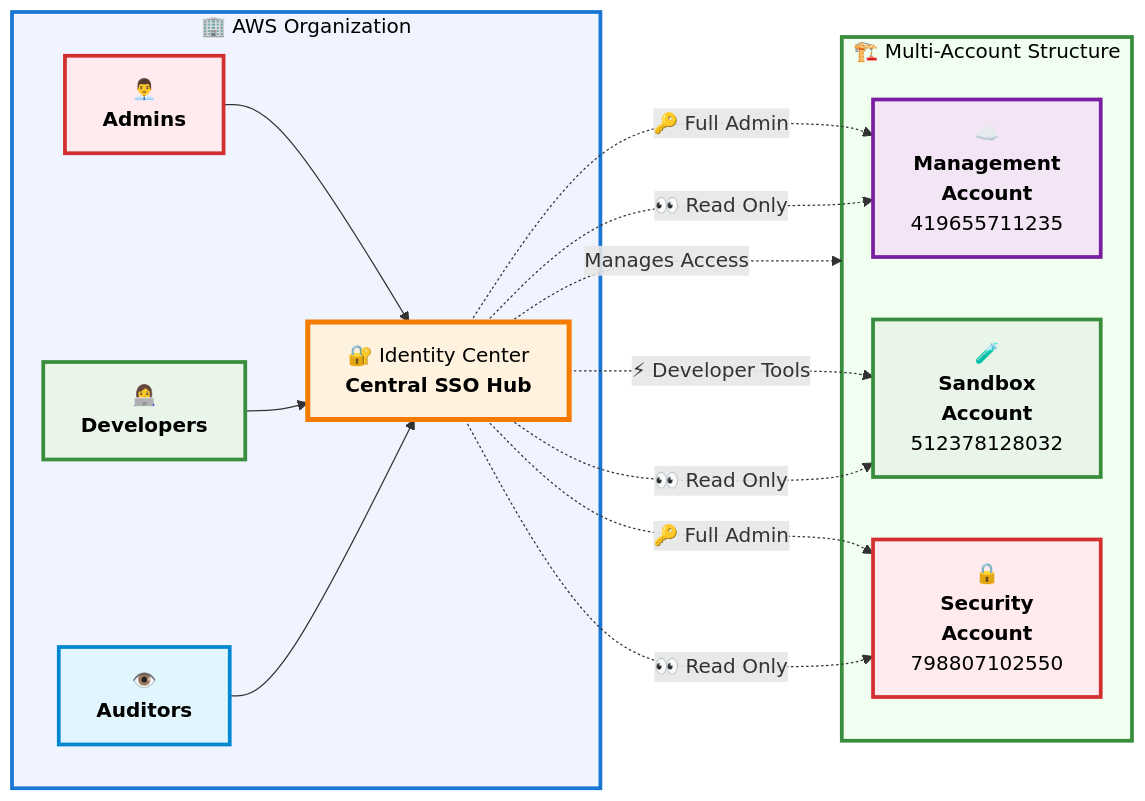
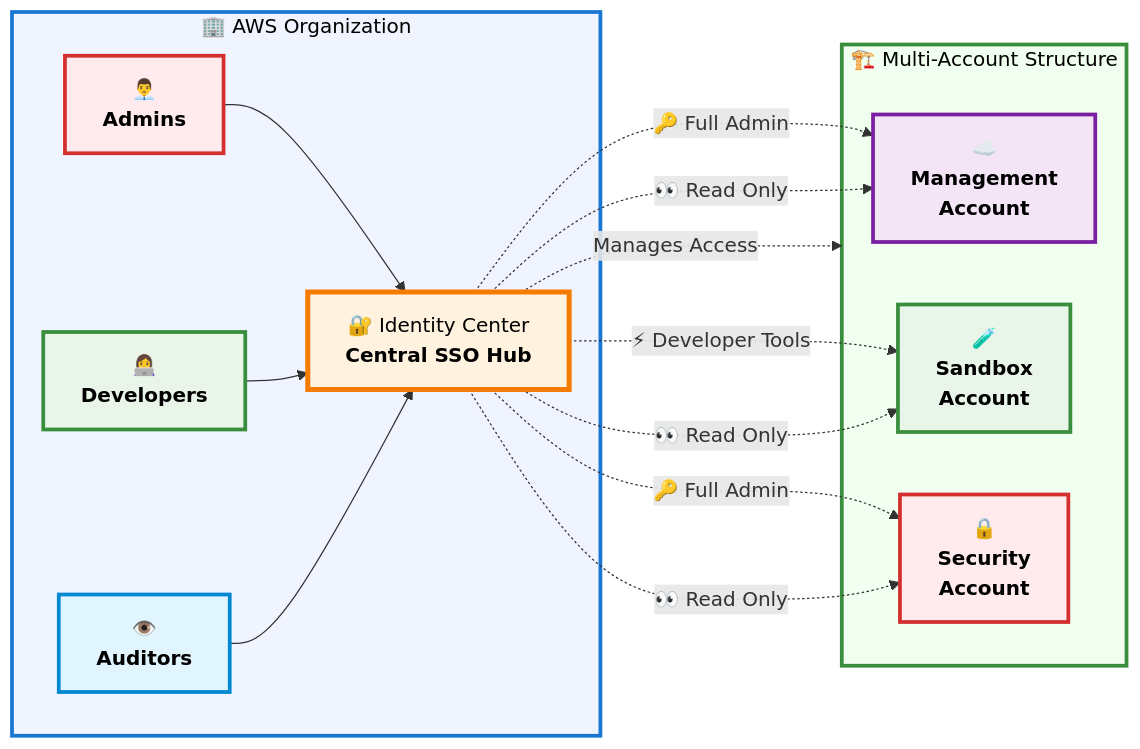
One commit to JEEJY30/Terraform-IAC-Projects changed the diagram in README.md. Above: the diagram before and after it, drawn with Mermaid.

````diff
--- a/README.md
+++ b/README.md
@@ -91,45 +91,45 @@
 ```mermaid
 graph LR
     %% AWS Organization and Identity Center (top layer)
     subgraph ORG["🏢 AWS Organization"]
         IC["🔐 Identity Center<br/><b>Central SSO Hub</b>"]
         
         %% Users (connect to Identity Center)
         A1["👨‍💼<br/><b>Admins</b>"]
         A2["👩‍💻<br/><b>Developers</b>"] 
         A3["👁️<br/><b>Auditors</b>"]
         
         A1 --> IC
         A2 --> IC
         A3 --> IC
     end
     
     %% Multi-Account Structure
     subgraph ACCOUNTS["🏗️ Multi-Account Structure"]
-        E["☁️<br/><b>Management<br/>Account</b><br/>419655711235"]
-        F["🧪<br/><b>Sandbox<br/>Account</b><br/>512378128032"]
-        G["🔒<br/><b>Security<br/>Account</b><br/>798807102550"]
+        E["☁️<br/><b>Management<br/>Account</b><br/>"]
+        F["🧪<br/><b>Sandbox<br/>Account</b><br/>"]
+        G["🔒<br/><b>Security<br/>Account</b><br/>"]
     end
     
     %% Identity Center manages access across all accounts
     IC -.->|"Manages Access"| ACCOUNTS
     
     %% Access flows from Identity Center through permission sets
     IC -.->|"🔑 Full Admin"| E
     IC -.->|"🔑 Full Admin"| G
     IC -.->|"⚡ Developer Tools"| F
     IC -.->|"👀 Read Only"| E
     IC -.->|"👀 Read Only"| F
     IC -.->|"👀 Read Only"| G
     
     %% Styling with black text
     style ORG fill:#f0f4ff,stroke:#1976d2,stroke-width:3px,color:#000000
     style ACCOUNTS fill:#f0fff0,stroke:#388e3c,stroke-width:3px,color:#000000
     style IC fill:#fff3e0,stroke:#f57c00,stroke-width:4px,color:#000000
     style A1 fill:#ffebee,stroke:#d32f2f,stroke-width:3px,color:#000000
     style A2 fill:#e8f5e8,stroke:#388e3c,stroke-width:3px,color:#000000
     style A3 fill:#e1f5fe,stroke:#0288d1,stroke-width:3px,color:#000000
     style E fill:#f3e5f5,stroke:#7b1fa2,stroke-width:3px,color:#000000
     style F fill:#e8f5e8,stroke:#388e3c,stroke-width:3px,color:#000000
     style G fill:#ffebee,stroke:#d32f2f,stroke-width:3px,color:#000000
 ```
````
